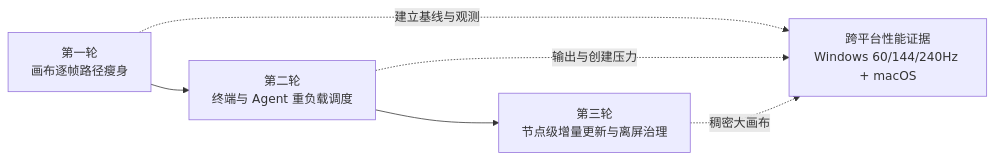
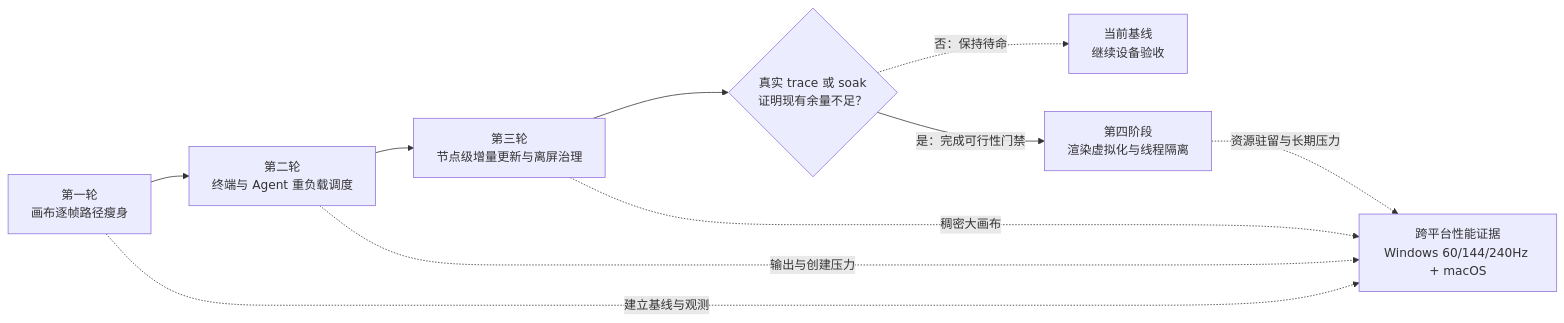
Before and after one commit to chen-985211/cleancode: the diagram in docs/product/canvas-performance-roadmap.md, drawn with Mermaid. The commit also changed other lines of this file, not shown here.

````diff
--- a/docs/product/canvas-performance-roadmap.md
+++ b/docs/product/canvas-performance-roadmap.md
@@ -70,8 +70,12 @@
 ```mermaid
 flowchart LR
   R1["第一轮<br/>画布逐帧路径瘦身"] --> R2["第二轮<br/>终端与 Agent 重负载调度"]
   R2 --> R3["第三轮<br/>节点级增量更新与离屏治理"]
+  R3 --> D{"真实 trace 或 soak<br/>证明现有余量不足？"}
+  D -. "否：保持待命" .-> S["当前基线<br/>继续设备验收"]
+  D -- "是：完成可行性门禁" --> R4["第四阶段<br/>渲染虚拟化与线程隔离"]
   R1 -. "建立基线与观测" .-> G["跨平台性能证据<br/>Windows 60/144/240Hz + macOS"]
   R2 -. "输出与创建压力" .-> G
   R3 -. "稠密大画布" .-> G
+  R4 -. "资源驻留与长期压力" .-> G
 ```
````
